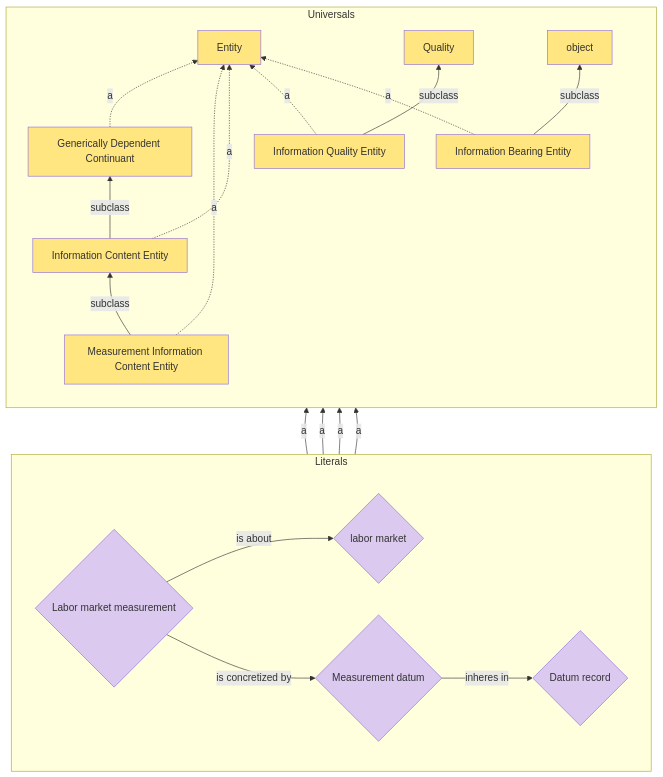
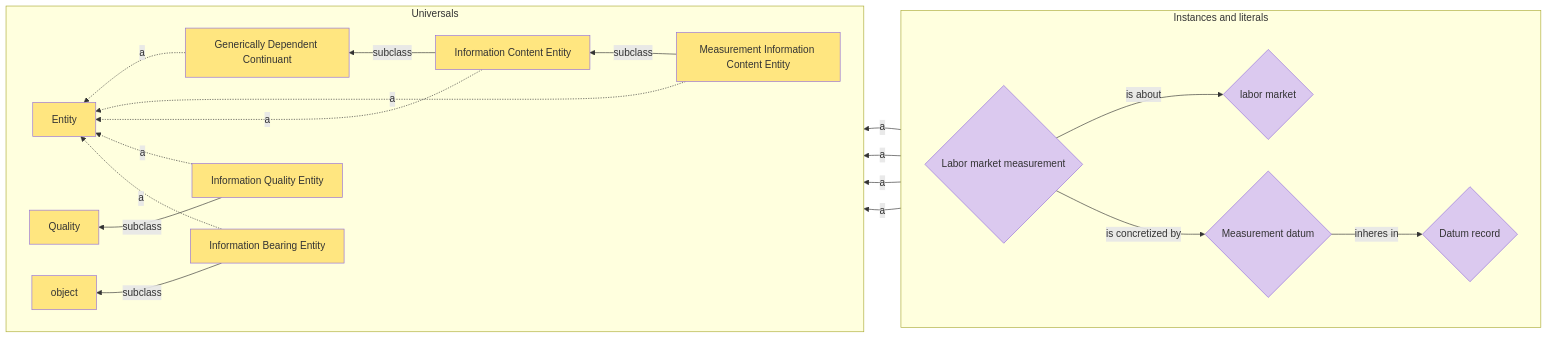
The diagram in labor market measurement.mmd (spdrnl/BFO-Mermaid), drawn with Mermaid before and after one commit.

Commit message:
Update labor market measurement.mmd
Some legibility improvements.

```diff
--- a/labor market measurement.mmd
+++ b/labor market measurement.mmd
@@ -1,55 +1,55 @@
-graph BT
+graph RL
 
 %% Definitions
 classDef universal fill:#ffe680
 classDef instance fill:#dbc9ef
 classDef literal fill:#ffffff
 
 %% Universals
 ENTITY[Entity]:::universal
 GDC[Generically Dependent Continuant]:::universal
 ICE[Information Content Entity]:::universal
 MICE[Measurement Information Content Entity]:::universal
 Q[Quality]:::universal
 IQE[Information Quality Entity]:::universal
 Object[object]:::universal
 IBE[Information Bearing Entity]:::universal
 
 %% Instances
 lm{labor market}:::instance
 ice1{Labor market measurement}:::instance
 iqe1{Measurement datum}:::instance
 ibe1{Datum record}:::instance
 
 %% Literals
 
 %% Relationships
 
 subgraph Universals
-    direction BT
+direction RL
 	%% rdf:subclass
 	GDC .-> |a| ENTITY
 	MICE .-> |a| ENTITY
 	ICE .-> |a| ENTITY
 	IQE .-> |a| ENTITY
 	IBE .-> |a| ENTITY
 	
 	MICE --> |subclass| ICE
 	ICE --> |subclass| GDC
 	IQE --> |subclass| Q
 	IBE --> |subclass| Object
 end
 
-subgraph Literals
-   direction LR
+subgraph Instances and literals
+direction LR
     %% rdf:type
     lm --> |a| ENTITY
 	ice1 --> |a| MICE
 	iqe1 --> |a| IQE
 	ibe1 --> |a| IBE
 	
 	%% Other
 	ice1 --> |is about| lm
 	ice1 --> |is concretized by| iqe1
 	iqe1 --> |inheres in| ibe1
-end	  
+end	   
```
